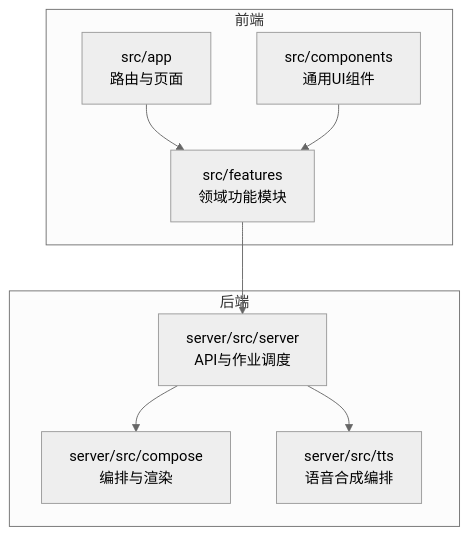
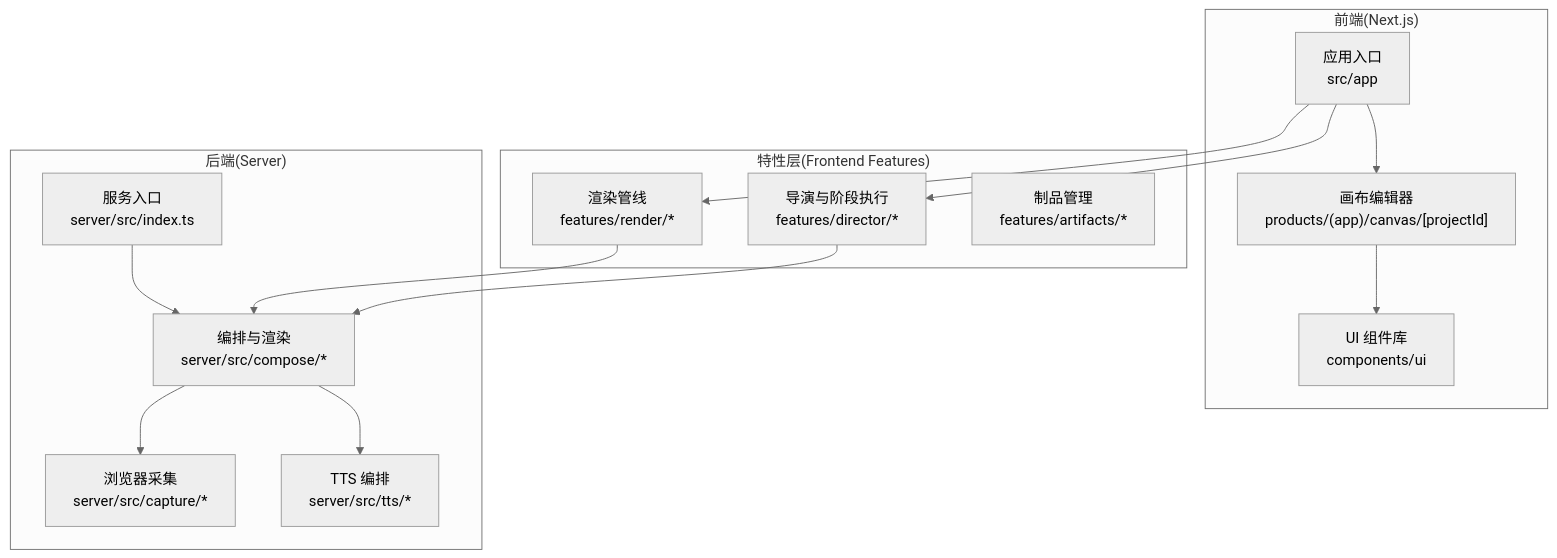
The first of 8 diagrams in .qoder/repowiki/zh/content/项目概述/核心功能特性/核心功能特性.md (scottcwy/PurpleInk), drawn with Mermaid (neutral theme) before and after one commit. The commit also changed other lines of this file and 872 other files, not shown here.

````diff
--- a/.qoder/repowiki/zh/content/项目概述/核心功能特性/核心功能特性.md
+++ b/.qoder/repowiki/zh/content/项目概述/核心功能特性/核心功能特性.md
@@ -57,18 +50,28 @@
 ```mermaid
 graph TB
-subgraph "前端"
-A["src/app<br/>路由与页面"]
-B["src/components<br/>通用UI组件"]
-C["src/features<br/>领域功能模块"]
+subgraph "前端(Next.js)"
+FE_App["应用入口<br/>src/app"]
+FE_Canvas["画布编辑器<br/>products/(app)/canvas/[projectId]"]
+FE_UI["UI 组件库<br/>components/ui"]
 end
-subgraph "后端"
-D["server/src/server<br/>API与作业调度"]
-E["server/src/compose<br/>编排与渲染"]
-F["server/src/tts<br/>语音合成编排"]
+subgraph "后端(Server)"
+S_Index["服务入口<br/>server/src/index.ts"]
+S_Compose["编排与渲染<br/>server/src/compose/*"]
+S_Capture["浏览器采集<br/>server/src/capture/*"]
+S_TTS["TTS 编排<br/>server/src/tts/*"]
 end
-A --> C
-B --> C
-C --> D
-D --> E
-D --> F
+subgraph "特性层(Frontend Features)"
+F_Director["导演与阶段执行<br/>features/director/*"]
+F_Render["渲染管线<br/>features/render/*"]
+F_Artifacts["制品管理<br/>features/artifacts/*"]
+end
+FE_App --> FE_Canvas
+FE_Canvas --> FE_UI
+FE_App --> F_Director
+FE_App --> F_Render
+F_Director --> S_Compose
+F_Render --> S_Compose
+S_Compose --> S_Capture
+S_Compose --> S_TTS
+S_Index --> S_Compose
 ```
````
